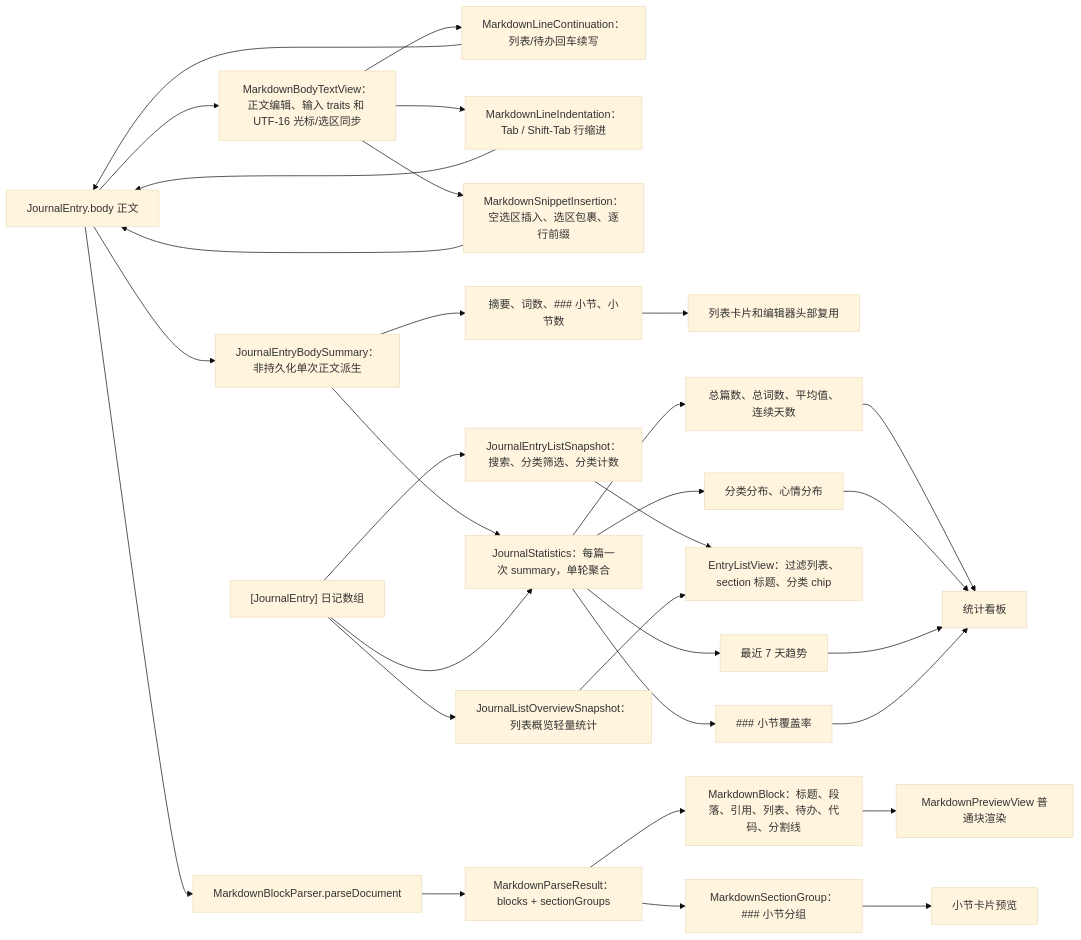
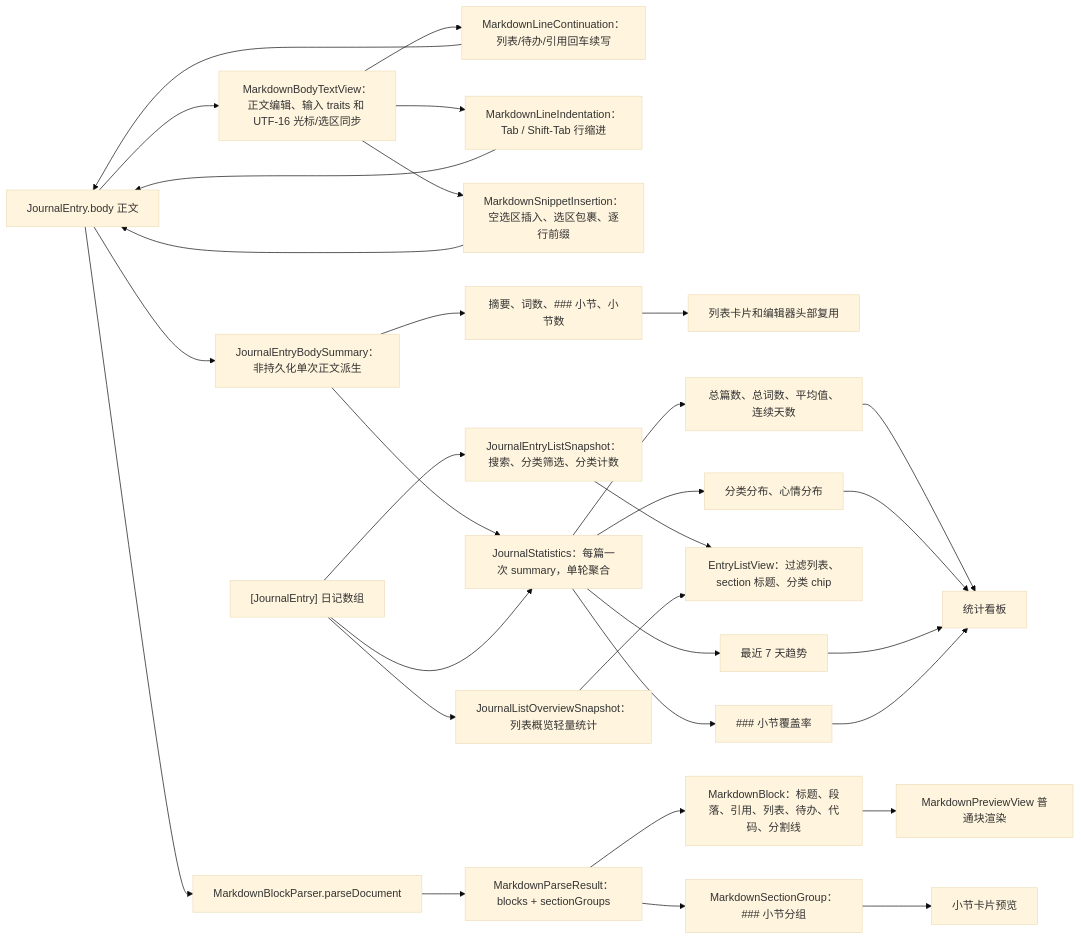
One commit to Altman-sam114/117 changed the fourth of 6 diagrams in md/flow/flowchart.md. Above: the diagram before and after it, drawn with Mermaid (base theme). The commit also changed other lines of this file and 8 other files, not shown here.

````diff
--- a/md/flow/flowchart.md
+++ b/md/flow/flowchart.md
@@ -117,33 +117,33 @@
 ```mermaid
 flowchart LR
   Body["JournalEntry.body 正文"] --> Summary["JournalEntryBodySummary：非持久化单次正文派生"]
   Body --> BodyText["MarkdownBodyTextView：正文编辑、输入 traits 和 UTF-16 光标/选区同步"]
-  BodyText --> ContinueRule["MarkdownLineContinuation：列表/待办回车续写"]
+  BodyText --> ContinueRule["MarkdownLineContinuation：列表/待办/引用回车续写"]
   ContinueRule --> Body
   BodyText --> IndentRule["MarkdownLineIndentation：Tab / Shift-Tab 行缩进"]
   IndentRule --> Body
   BodyText --> InsertRule["MarkdownSnippetInsertion：空选区插入、选区包裹、逐行前缀"]
   InsertRule --> Body
   Summary --> Excerpt["摘要、词数、### 小节、小节数"]
   Excerpt --> RowEditor["列表卡片和编辑器头部复用"]
   Summary --> Statistics["JournalStatistics：每篇一次 summary，单轮聚合"]
   Body --> Parse["MarkdownBlockParser.parseDocument"]
   Parse --> Result["MarkdownParseResult：blocks + sectionGroups"]
   Result --> Blocks["MarkdownBlock：标题、段落、引用、列表、待办、代码、分割线"]
   Blocks --> Preview["MarkdownPreviewView 普通块渲染"]
   Result --> Sections["MarkdownSectionGroup：### 小节分组"]
   Sections --> SectionPreview["小节卡片预览"]
   Entries["[JournalEntry] 日记数组"] --> Statistics
   Entries --> ListSnapshot2["JournalEntryListSnapshot：搜索、分类筛选、分类计数"]
   ListSnapshot2 --> ListView["EntryListView：过滤列表、section 标题、分类 chip"]
   Entries --> ListOverview2["JournalListOverviewSnapshot：列表概览轻量统计"]
   ListOverview2 --> ListView
   Statistics --> Metrics["总篇数、总词数、平均值、连续天数"]
   Statistics --> Distributions["分类分布、心情分布"]
   Statistics --> Trend["最近 7 天趋势"]
   Statistics --> Coverage["### 小节覆盖率"]
   Metrics --> Dashboard["统计看板"]
   Distributions --> Dashboard
   Trend --> Dashboard
   Coverage --> Dashboard
 ```
````
